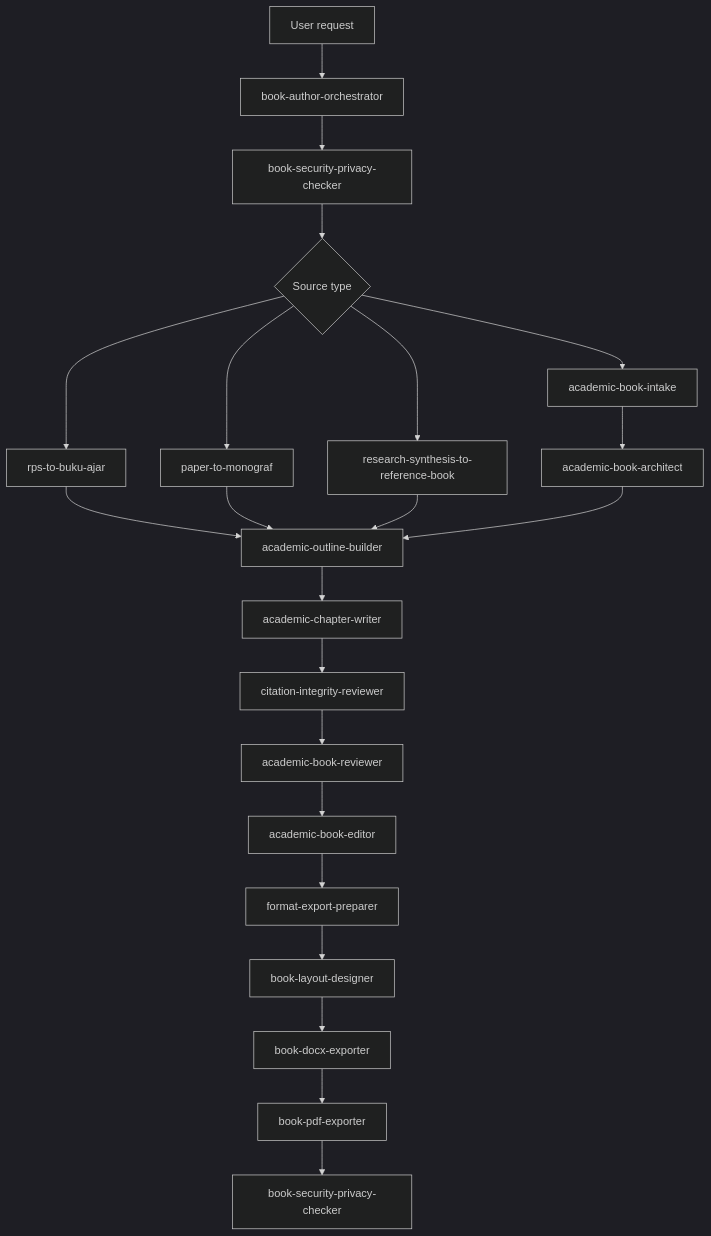
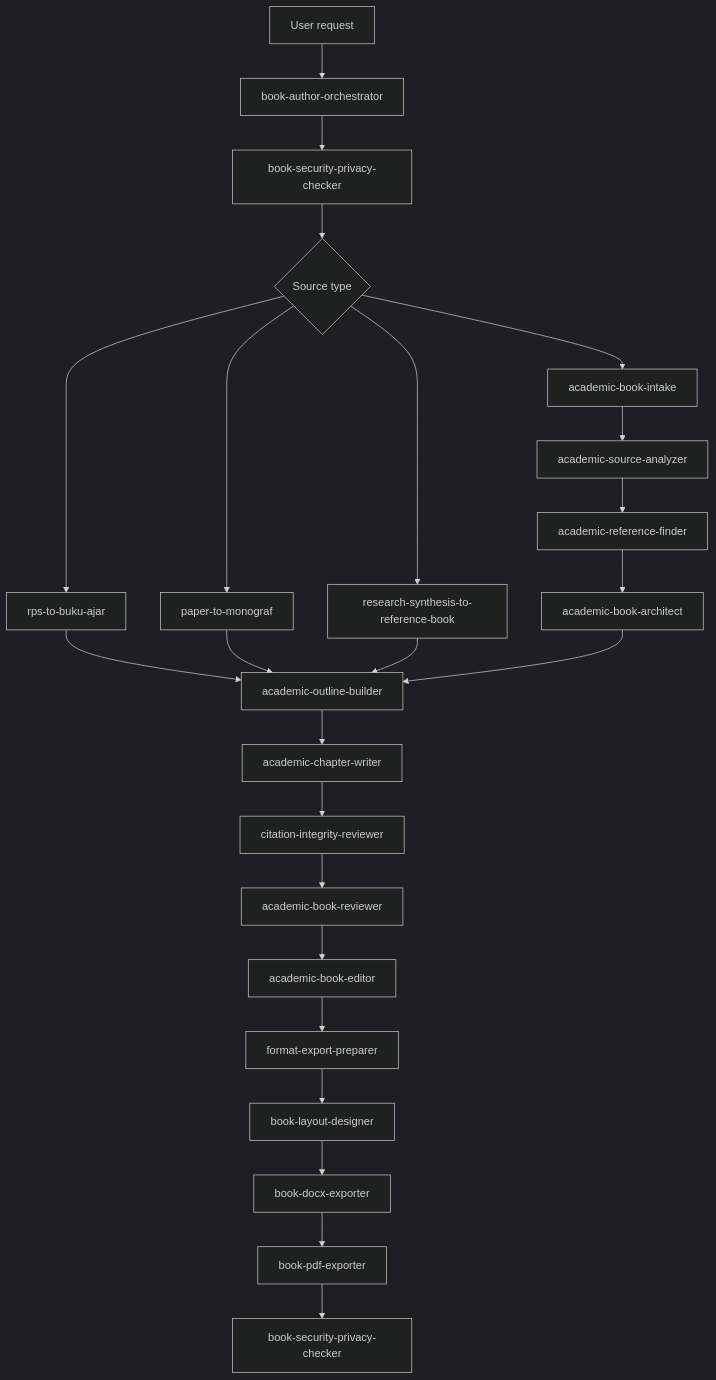
Before and after one commit to lensetek/Book-Author-Agent-Skills: the first of 2 diagrams in README.md, drawn with Mermaid (dark theme). The commit also changed other lines of this file and 6 other files, not shown here.

Commit message:
Add no-key academic reference finder

````diff
--- a/README.md
+++ b/README.md
@@ -70,24 +72,26 @@
 ```mermaid
 flowchart TD
     A["User request"] --> B["book-author-orchestrator"]
     B --> C["book-security-privacy-checker"]
     C --> D{"Source type"}
     D --> E["rps-to-buku-ajar"]
     D --> F["paper-to-monograf"]
     D --> G["research-synthesis-to-reference-book"]
     D --> H["academic-book-intake"]
-    H --> I["academic-book-architect"]
+    H --> I["academic-source-analyzer"]
+    I --> T["academic-reference-finder"]
+    T --> U["academic-book-architect"]
     E --> J["academic-outline-builder"]
     F --> J
     G --> J
-    I --> J
+    U --> J
     J --> K["academic-chapter-writer"]
     K --> L["citation-integrity-reviewer"]
     L --> M["academic-book-reviewer"]
     M --> N["academic-book-editor"]
     N --> O["format-export-preparer"]
     O --> P["book-layout-designer"]
     P --> Q["book-docx-exporter"]
     Q --> R["book-pdf-exporter"]
     R --> S["book-security-privacy-checker"]
 ```
````
